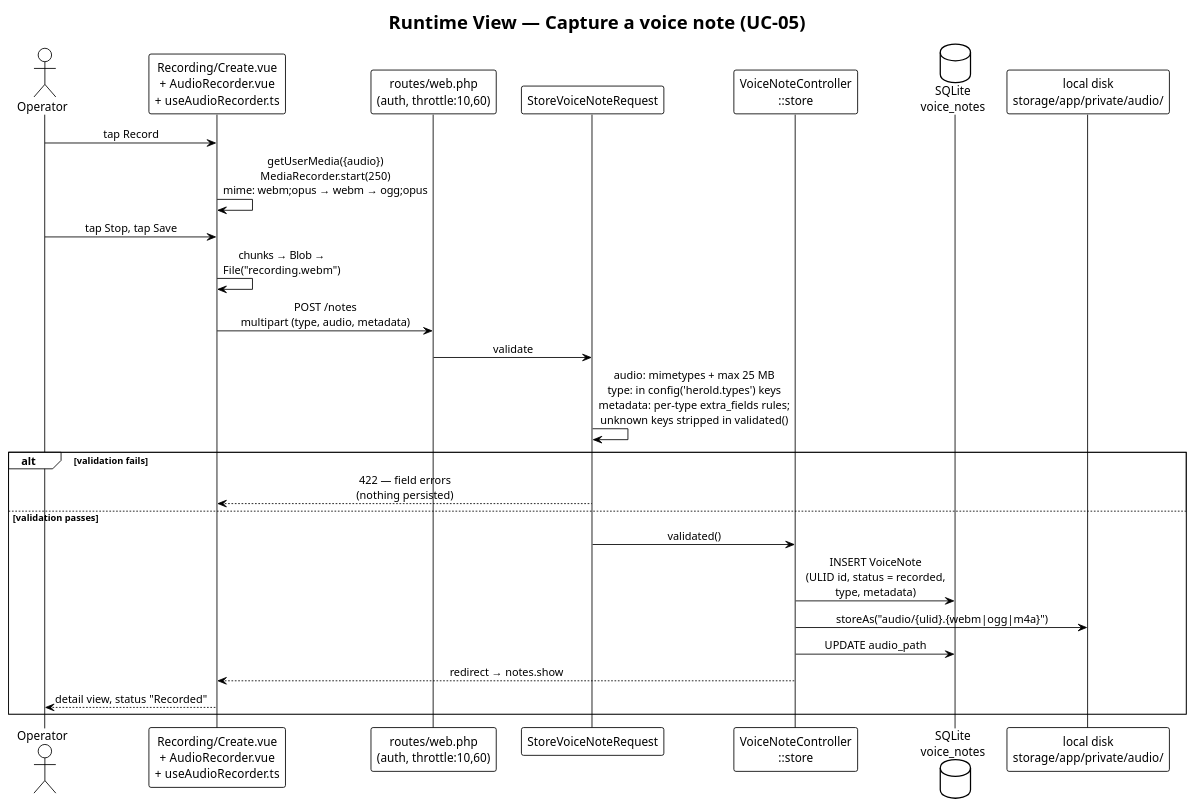
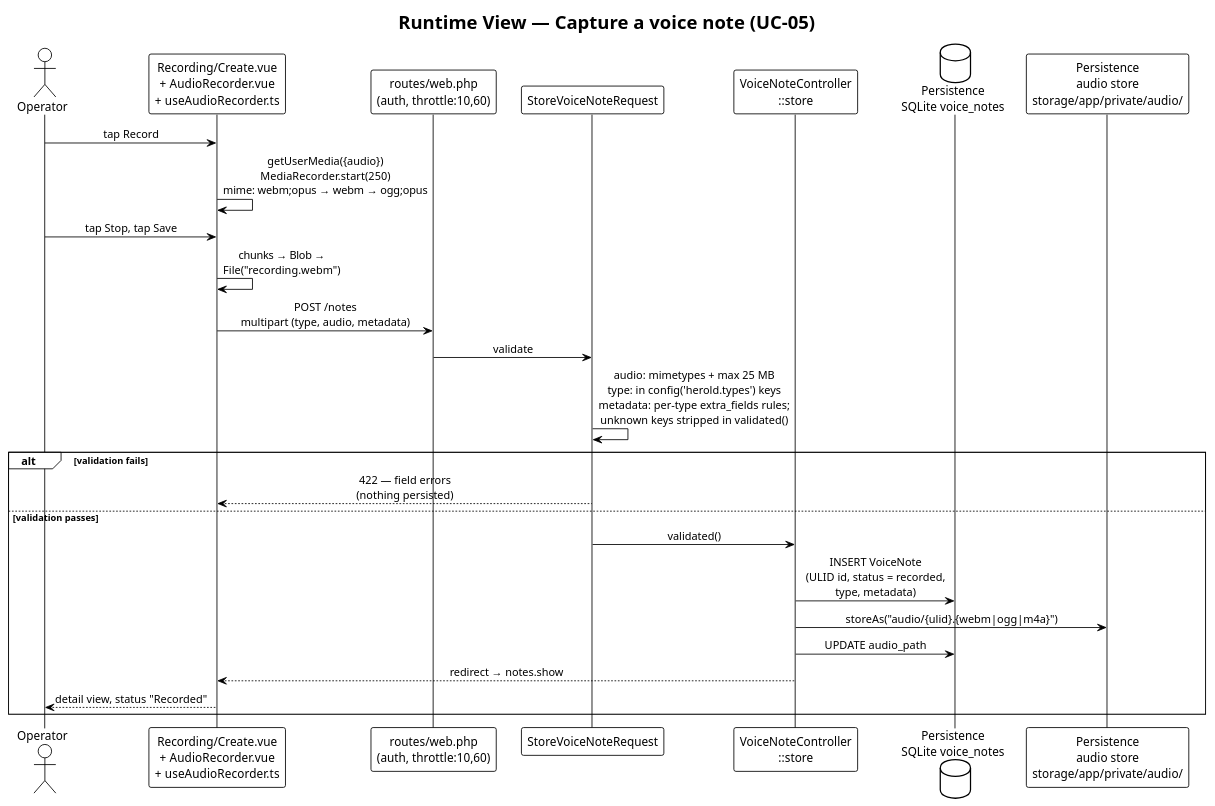
The diagram in docs/arch/diagrams/a06-capture.plantuml (carstenlucke/herold), drawn with PlantUML before and after one commit. The commit also changed 9 other files, not shown here.

```diff
--- a/docs/arch/diagrams/a06-capture.plantuml
+++ b/docs/arch/diagrams/a06-capture.plantuml
@@ -1,34 +1,34 @@
 @startuml a06-capture
 !theme plain
 skinparam sequenceMessageAlign center
 
 title Runtime View — Capture a voice note (UC-05)
 
 actor Operator as op
 participant "Recording/Create.vue\n+ AudioRecorder.vue\n+ useAudioRecorder.ts" as ui
 participant "routes/web.php\n(auth, throttle:10,60)" as route
 participant "StoreVoiceNoteRequest" as req
 participant "VoiceNoteController\n::store" as ctrl
-database "SQLite\nvoice_notes" as db
-participant "local disk\nstorage/app/private/audio/" as fs
+database "Persistence\nSQLite voice_notes" as db
+participant "Persistence\naudio store\nstorage/app/private/audio/" as fs
 
 op -> ui : tap Record
 ui -> ui : getUserMedia({audio})\nMediaRecorder.start(250)\nmime: webm;opus → webm → ogg;opus
 op -> ui : tap Stop, tap Save
 ui -> ui : chunks → Blob →\nFile("recording.webm")
 ui -> route : POST /notes\nmultipart (type, audio, metadata)
 route -> req : validate
 req -> req : audio: mimetypes + max 25 MB\ntype: in config('herold.types') keys\nmetadata: per-type extra_fields rules;\nunknown keys stripped in validated()
 
 alt validation fails
   req --> ui : 422 — field errors\n(nothing persisted)
 else validation passes
   req -> ctrl : validated()
   ctrl -> db : INSERT VoiceNote\n(ULID id, status = recorded,\ntype, metadata)
   ctrl -> fs : storeAs("audio/{ulid}.{webm|ogg|m4a}")
   ctrl -> db : UPDATE audio_path
   ctrl --> ui : redirect → notes.show
   ui --> op : detail view, status "Recorded"
 end
 
 @enduml
```
